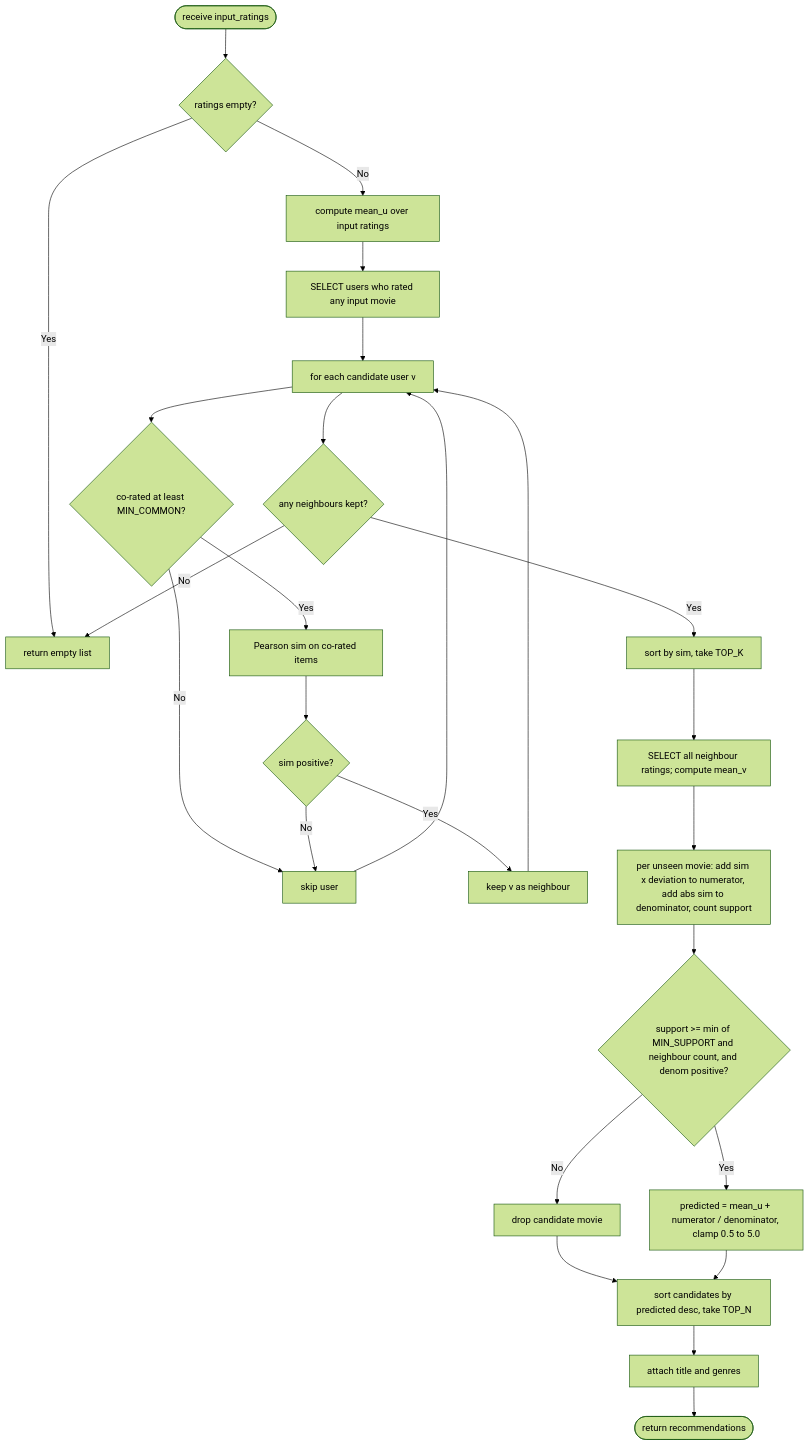
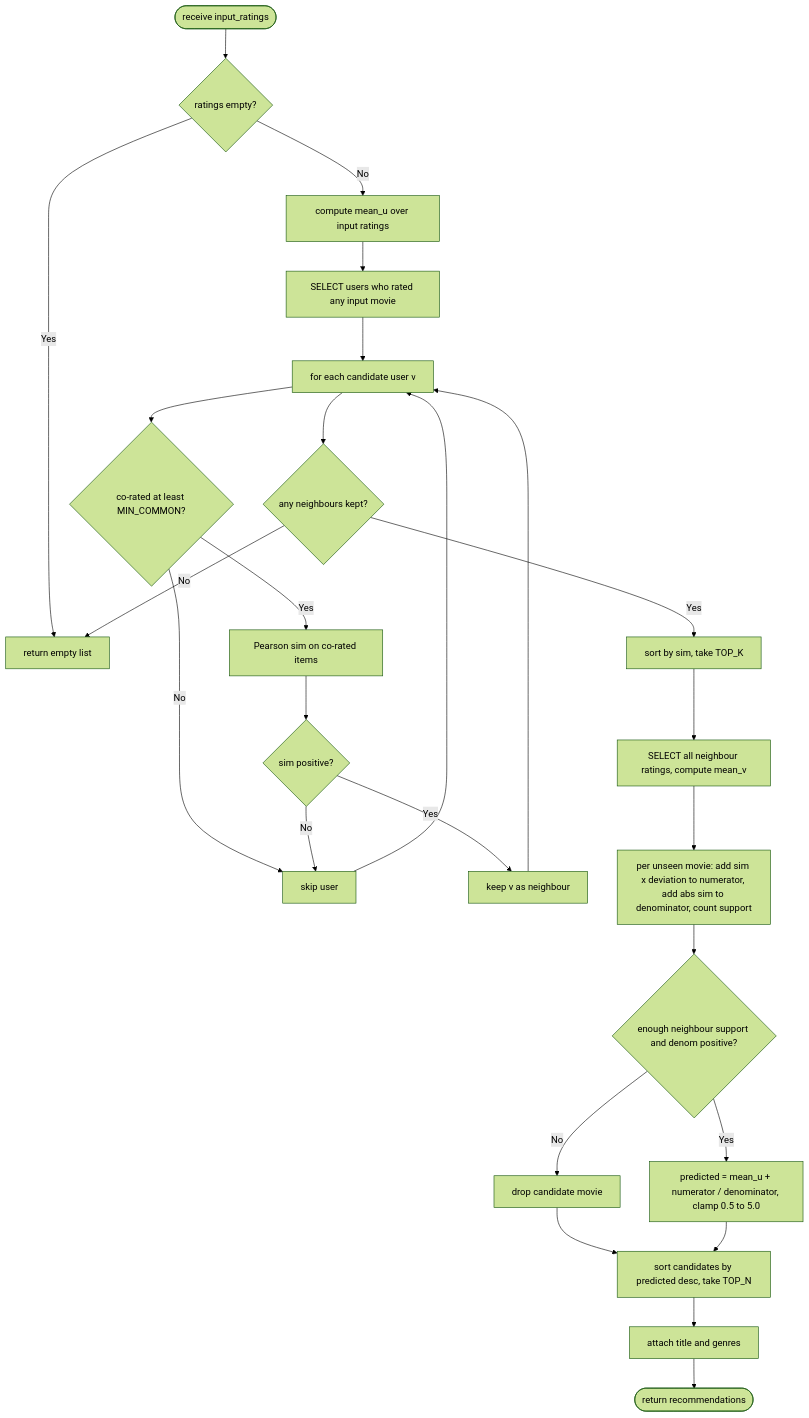
Before and after one commit to agent0cy/ntua-internet: the eighth of 10 diagrams in docs/uml-diagrams.md, drawn with Mermaid (forest theme). The commit also changed other lines of this file, not shown here.

First line of the commit message:
Fix Mermaid render errors: remove semicolons in messages, >= in node labels

````diff
--- a/docs/uml-diagrams.md
+++ b/docs/uml-diagrams.md
@@ -241,28 +241,28 @@
 ```mermaid
 flowchart TD
     A([receive input_ratings]) --> B{ratings empty?}
     B -- Yes --> Z0[return empty list]
     B -- No --> C[compute mean_u over input ratings]
     C --> D[SELECT users who rated any input movie]
     D --> E[for each candidate user v]
     E --> F{co-rated at least MIN_COMMON?}
     F -- No --> G[skip user]
     G --> E
     F -- Yes --> H[Pearson sim on co-rated items]
     H --> I{sim positive?}
     I -- No --> G
     I -- Yes --> J[keep v as neighbour]
     J --> E
     E --> K{any neighbours kept?}
     K -- No --> Z0
     K -- Yes --> L[sort by sim, take TOP_K]
-    L --> M[SELECT all neighbour ratings; compute mean_v]
+    L --> M[SELECT all neighbour ratings, compute mean_v]
     M --> N[per unseen movie: add sim x deviation to numerator, add abs sim to denominator, count support]
-    N --> O{support >= min of MIN_SUPPORT and neighbour count, and denom positive?}
+    N --> O{enough neighbour support and denom positive?}
     O -- No --> P[drop candidate movie]
     O -- Yes --> Q[predicted = mean_u + numerator / denominator, clamp 0.5 to 5.0]
     P --> R[sort candidates by predicted desc, take TOP_N]
     Q --> R
     R --> T[attach title and genres]
     T --> U([return recommendations])
 ```
````
